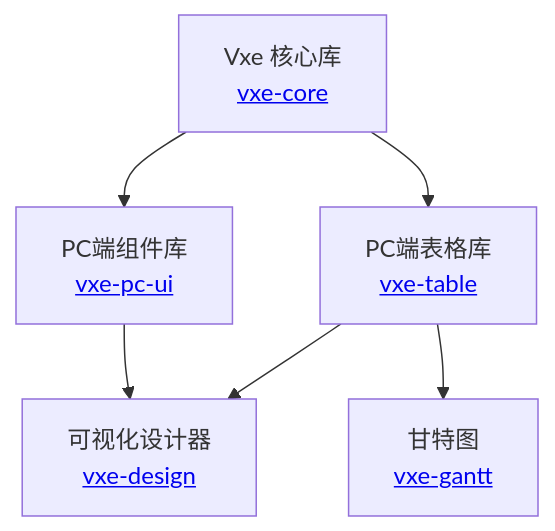
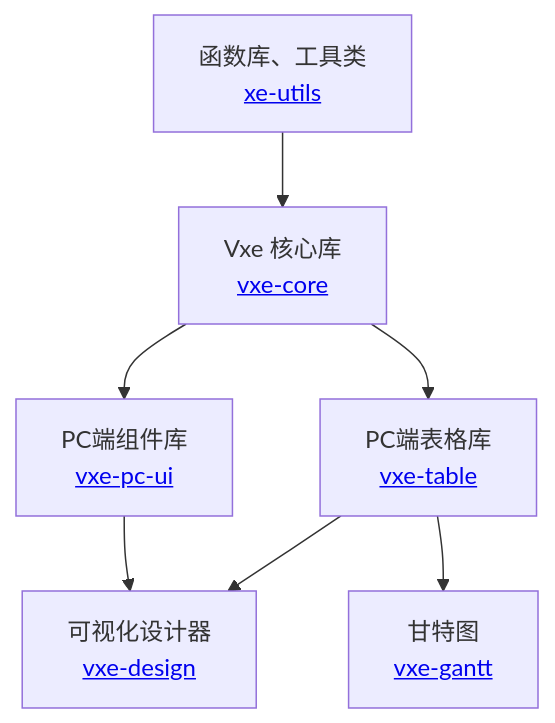
The first of 4 diagrams in framework.md (x-extends/vxe-ui-docs), drawn with Mermaid before and after one commit.

````diff
--- a/framework.md
+++ b/framework.md
@@ -3,8 +3,9 @@
 ```mermaid
 graph TD;
-    vxe-core[Vxe 核心库<br><a href="https://github.com/x-extends/vxe-core" target="_blank">vxe-core</a>]-->vxe-pc-ui;
+    xe-utils[函数库、工具类<br><a href="https://github.com/x-extends/xe-utils" target="_blank">xe-utils</a>]-->vxe-core[Vxe 核心库<br><a href="https://github.com/x-extends/vxe-core" target="_blank">vxe-core</a>];
+    vxe-core-->vxe-pc-ui;
     vxe-core-->vxe-table;
     vxe-table-->vxe-gantt[甘特图<br><a href="https://github.com/x-extends/vxe-gantt" target="_blank">vxe-gantt</a>];
     vxe-pc-ui[PC端组件库<br><a href="https://github.com/x-extends/vxe-pc-ui" target="_blank">vxe-pc-ui</a>]-->vxe-design[可视化设计器<br><a href="https://github.com/x-extends/vxe-design" target="_blank">vxe-design</a>];
     vxe-table[PC端表格库<br><a href="https://github.com/x-extends/vxe-table" target="_blank">vxe-table</a>]-->vxe-design;
 ```
````
